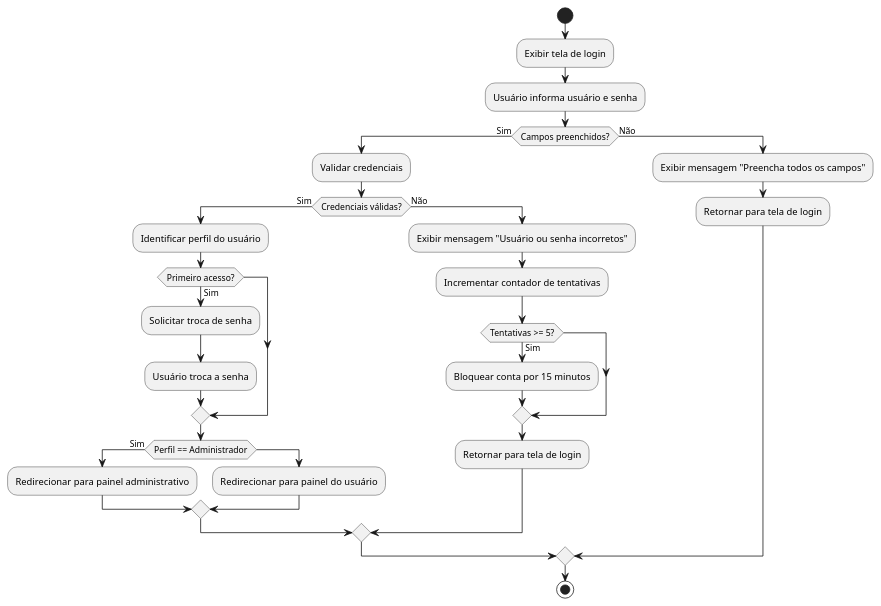
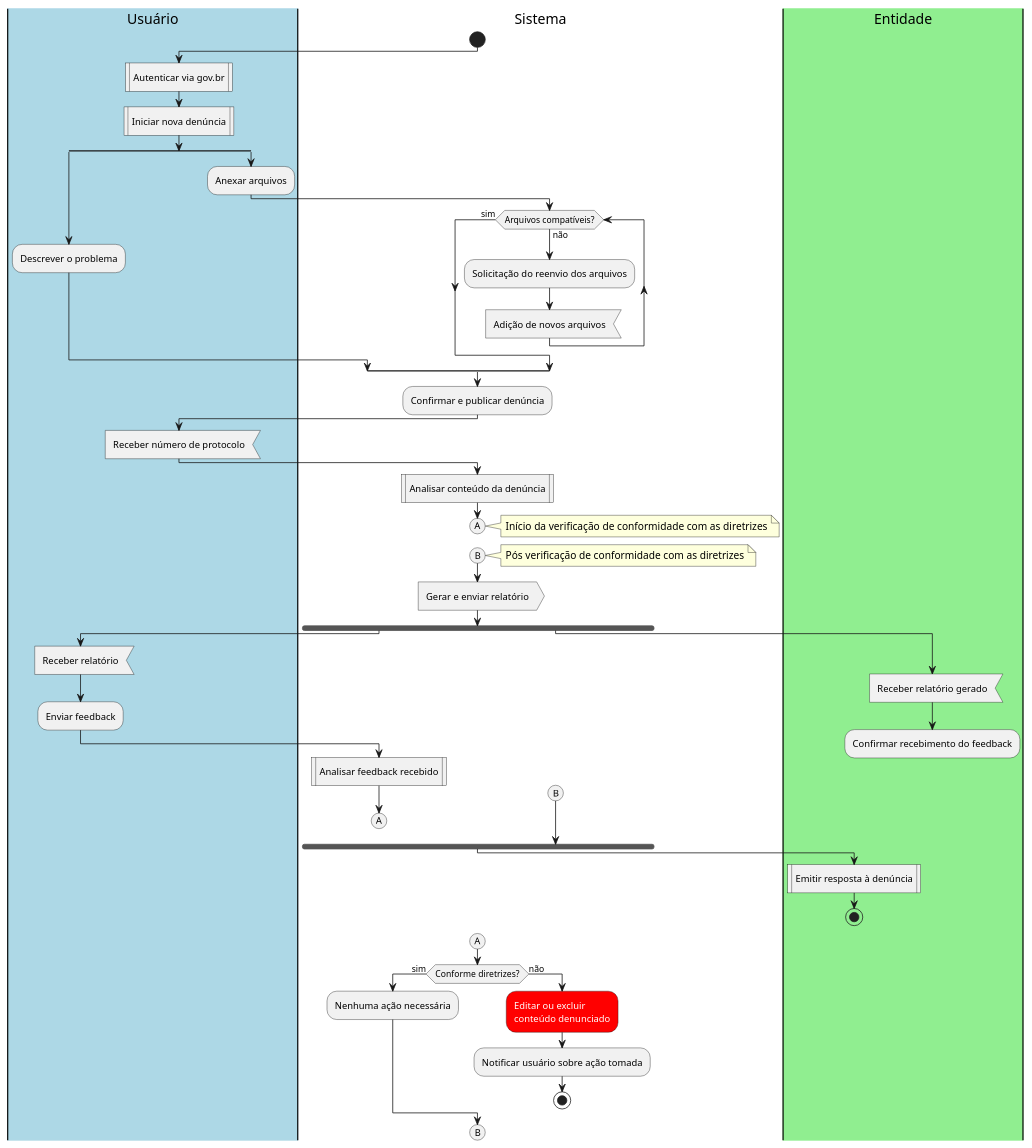
Before and after one commit to rafa-alves6/Reclama.se-AOO: the second of 2 diagrams in modelos/UC_01_login.md, drawn with PlantUML. The commit also changed other lines of this file, not shown here.

````diff
--- a/modelos/UC_01_login.md
+++ b/modelos/UC_01_login.md
@@ -146,43 +141,83 @@
 ```plantuml
 @startuml
+
+|#lightblue|Usuário|
+|Sistema|
+|#lightgreen|Entidade|
+
+|Sistema|
 start
 
-:Exibir tela de login;
-:Usuário informa usuário e senha;
+|Usuário|
+:Autenticar via gov.br; <<procedure>>
+:Iniciar nova denúncia; <<procedure>>
 
-if (Campos preenchidos?) then (Sim)
-  :Validar credenciais;
+split
+  :Descrever o problema;
+split again
+  :Anexar arquivos;
+  |Sistema|
+  while (Arquivos compatíveis?) is (não)
+    :Solicitação do reenvio dos arquivos;
+    :Adição de novos arquivos; <<input>>
+  endwhile (sim)
+endsplit
 
-  if (Credenciais válidas?) then (Sim)
-    :Identificar perfil do usuário;
+:Confirmar e publicar denúncia;
+|Usuário|
+:Receber número de protocolo; <<input>>
+|Sistema|
+:Analisar conteúdo da denúncia; <<procedure>>
 
-    if (Primeiro acesso?) then (Sim)
-      :Solicitar troca de senha;
-      :Usuário troca a senha;
-    endif
+(A)
+note right
+  Início da verificação de conformidade com as diretrizes
+end note
+detach
 
-    if (Perfil == Administrador) then (Sim)
-      :Redirecionar para painel administrativo;
-    else
-      :Redirecionar para painel do usuário;
-    endif
+(B)
+note right
+  Pós verificação de conformidade com as diretrizes
+end note
+:Gerar e enviar relatório; <<output>>
 
-  else (Não)
-    :Exibir mensagem "Usuário ou senha incorretos";
-    :Incrementar contador de tentativas;
+fork
+  |Usuário|
+  :Receber relatório; <<input>>
+  :Enviar feedback;
+  |Sistema|
+  :Analisar feedback recebido; <<procedure>>
+  (A)
+  detach
 
-    if (Tentativas >= 5?) then (Sim)
-      :Bloquear conta por 15 minutos;
-    endif
+fork again
+  |Entidade|
+  :Receber relatório gerado; <<input>>
+  :Confirmar recebimento do feedback;
+  detach
+  |Sistema|
+  (B)
+end fork
 
-    :Retornar para tela de login;
-  endif
+|Entidade|
+:Emitir resposta à denúncia; <<procedure>>
 
-else (Não)
-  :Exibir mensagem "Preencha todos os campos";
-  :Retornar para tela de login;
+stop
+
+|Sistema|
+(A)
+if (Conforme diretrizes?) then (sim)
+  :Nenhuma ação necessária;
+else (não)
+  #red:<color:white>Editar ou excluir
+  <color:white>conteúdo denunciado;
+  :Notificar usuário sobre ação tomada;
+  stop
 endif
 
-stop
+
+(B)
+detach
+
 @enduml
 ```
````
